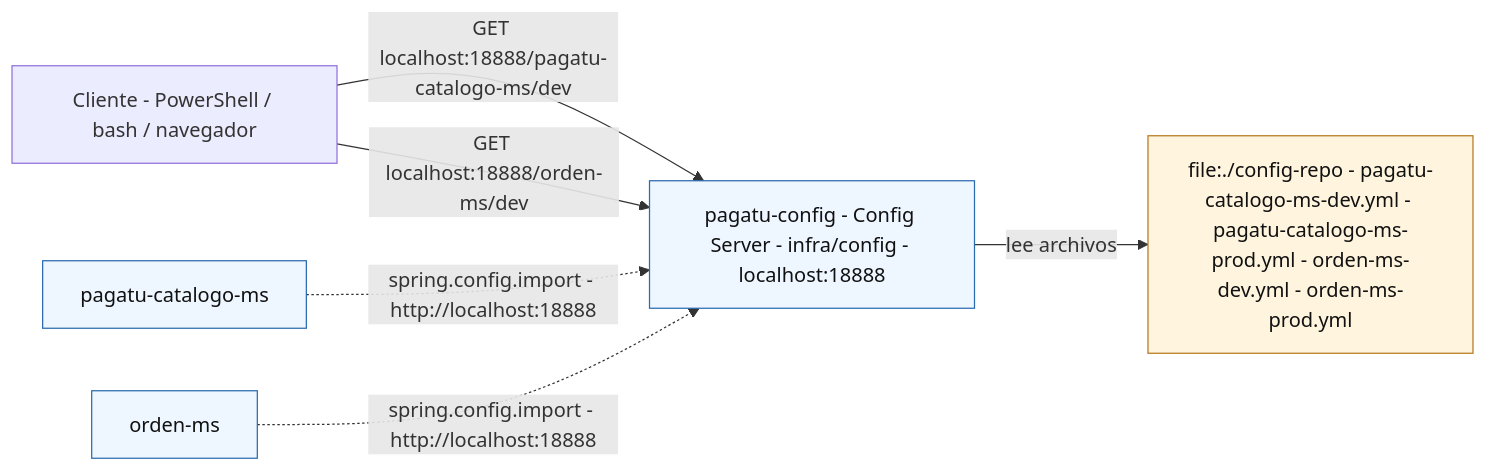
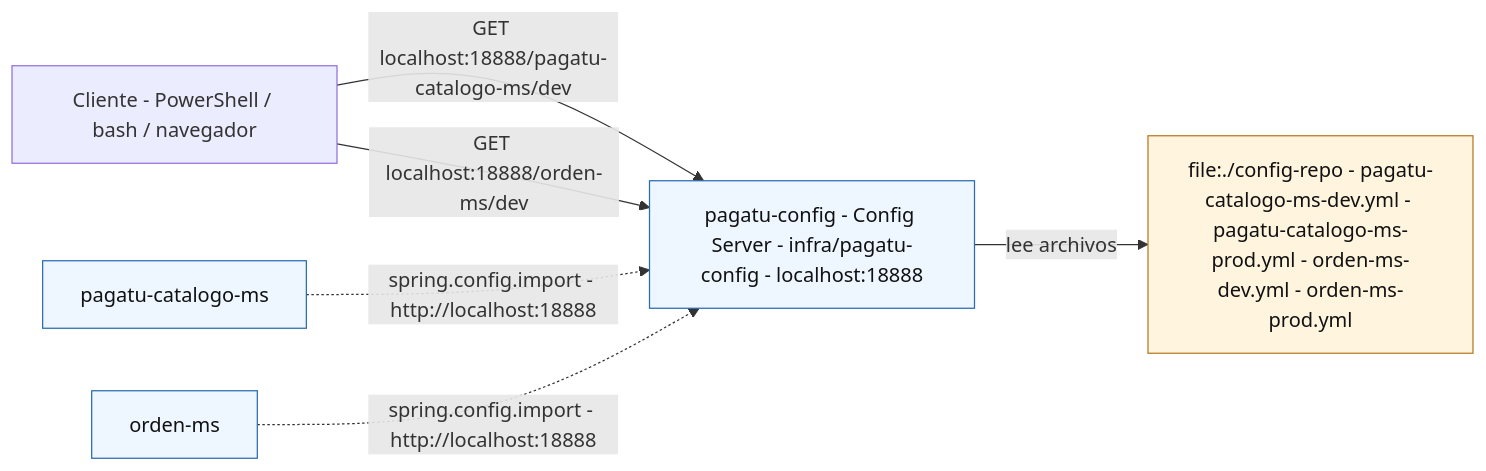
Before and after one commit to 262dist/pagatu: the third of 4 diagrams in docs/sesiones/S02_Configuracion_Centralizada_Ambientes.md, drawn with Mermaid. The commit also changed other lines of this file, not shown here.

````diff
--- a/docs/sesiones/S02_Configuracion_Centralizada_Ambientes.md
+++ b/docs/sesiones/S02_Configuracion_Centralizada_Ambientes.md
@@ -227,19 +227,19 @@
 ```mermaid
 flowchart LR
     Client["Cliente - PowerShell / bash / navegador"]
-    Config["pagatu-config - Config Server - infra/config - localhost:18888"]
+    Config["pagatu-config - Config Server - infra/pagatu-config - localhost:18888"]
     Repo["file:./config-repo - pagatu-catalogo-ms-dev.yml - pagatu-catalogo-ms-prod.yml - orden-ms-dev.yml - orden-ms-prod.yml"]
     Catalogo["pagatu-catalogo-ms"]
     Orden["orden-ms"]
 
     Client -->|"GET localhost:18888/pagatu-catalogo-ms/dev"| Config
     Client -->|"GET localhost:18888/orden-ms/dev"| Config
     Config -->|"lee archivos"| Repo
     Catalogo -. "spring.config.import - http://localhost:18888" .-> Config
     Orden -. "spring.config.import - http://localhost:18888" .-> Config
 
     classDef server fill:#eef6ff,stroke:#2b6cb0,color:#111;
     classDef repo fill:#fff4de,stroke:#b7791f,color:#111;
     class Config,Catalogo,Orden server;
     class Repo repo;
 ```
````
